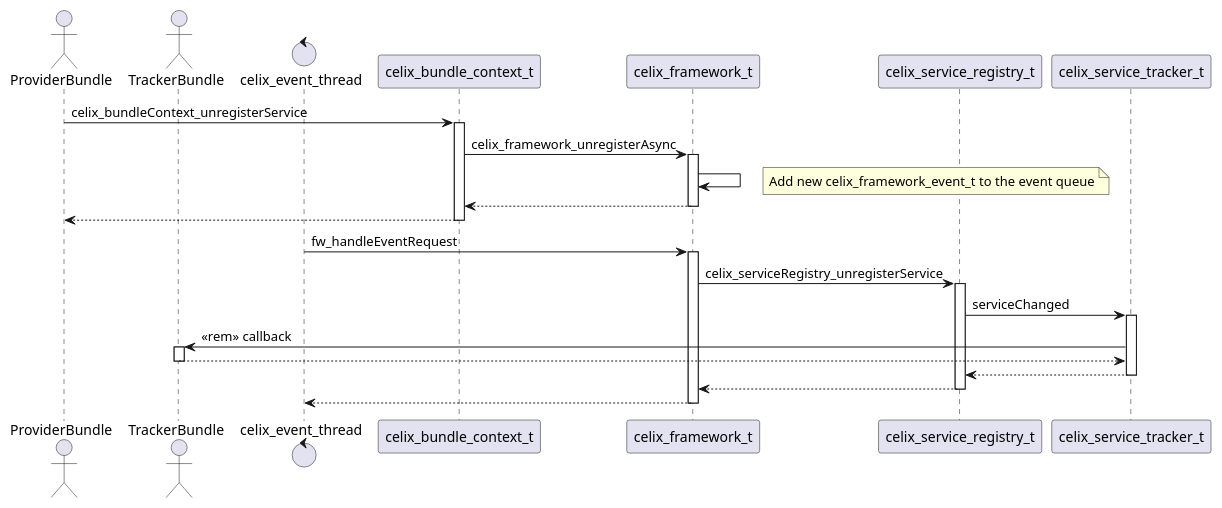
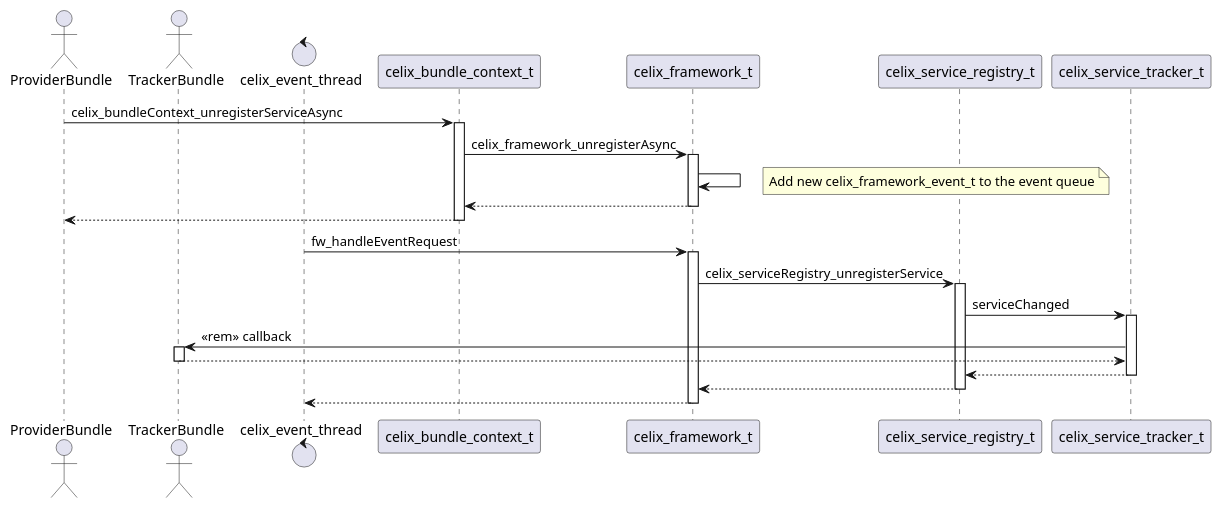
The diagram in documents/diagrams/services_tracker_services_rem_async_seq.puml (apache/celix), drawn with PlantUML before and after one commit. The commit also changed 9 other files, not shown here.

```diff
--- a/documents/diagrams/services_tracker_services_rem_async_seq.puml
+++ b/documents/diagrams/services_tracker_services_rem_async_seq.puml
@@ -16,21 +16,21 @@
 @startuml
 actor ProviderBundle
 actor TrackerBundle
 control celix_event_thread
 
-ProviderBundle -> celix_bundle_context_t ++: celix_bundleContext_unregisterService
+ProviderBundle -> celix_bundle_context_t ++: celix_bundleContext_unregisterServiceAsync
 celix_bundle_context_t -> celix_framework_t ++: celix_framework_unregisterAsync
 celix_framework_t -> celix_framework_t
 note right: Add new celix_framework_event_t to the event queue
 return
 return
 
 celix_event_thread -> celix_framework_t ++ : fw_handleEventRequest
 celix_framework_t -> celix_service_registry_t ++ : celix_serviceRegistry_unregisterService
 celix_service_registry_t -> celix_service_tracker_t ++ : serviceChanged
 celix_service_tracker_t -> TrackerBundle ++ : <<rem>> callback
 return
 return
 return
 return
 @enduml
```
